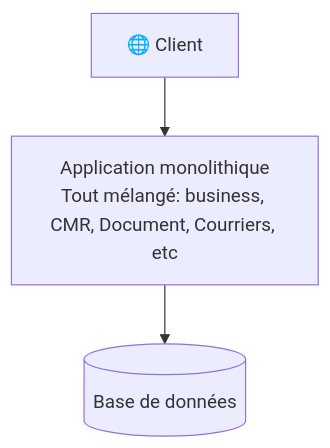
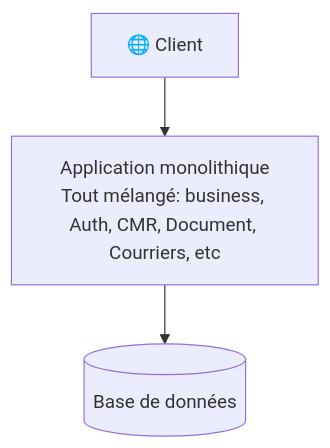
One commit to pivaldi/blog.piprime.fr changed the second of 18 diagrams in hexo/source/_posts/fr/mmw-software-architecture.md. Above: the diagram before and after it, drawn with Mermaid. The commit also changed other lines of this file and 1 other file, not shown here.

````diff
--- a/hexo/source/_posts/fr/mmw-software-architecture.md
+++ b/hexo/source/_posts/fr/mmw-software-architecture.md
@@ -141,9 +155,9 @@
 ```mermaid
 graph TD
     Client["🌐 Client"]
-    App["Application monolithique<br>Tout mélangé: business, CMR, Document, Courriers, etc"]
+    App["Application monolithique<br>Tout mélangé: business, Auth, CMR, Document, Courriers, etc"]
     DB[("Base de données")]
 
     Client --> App
     App --> DB
 ```
````
